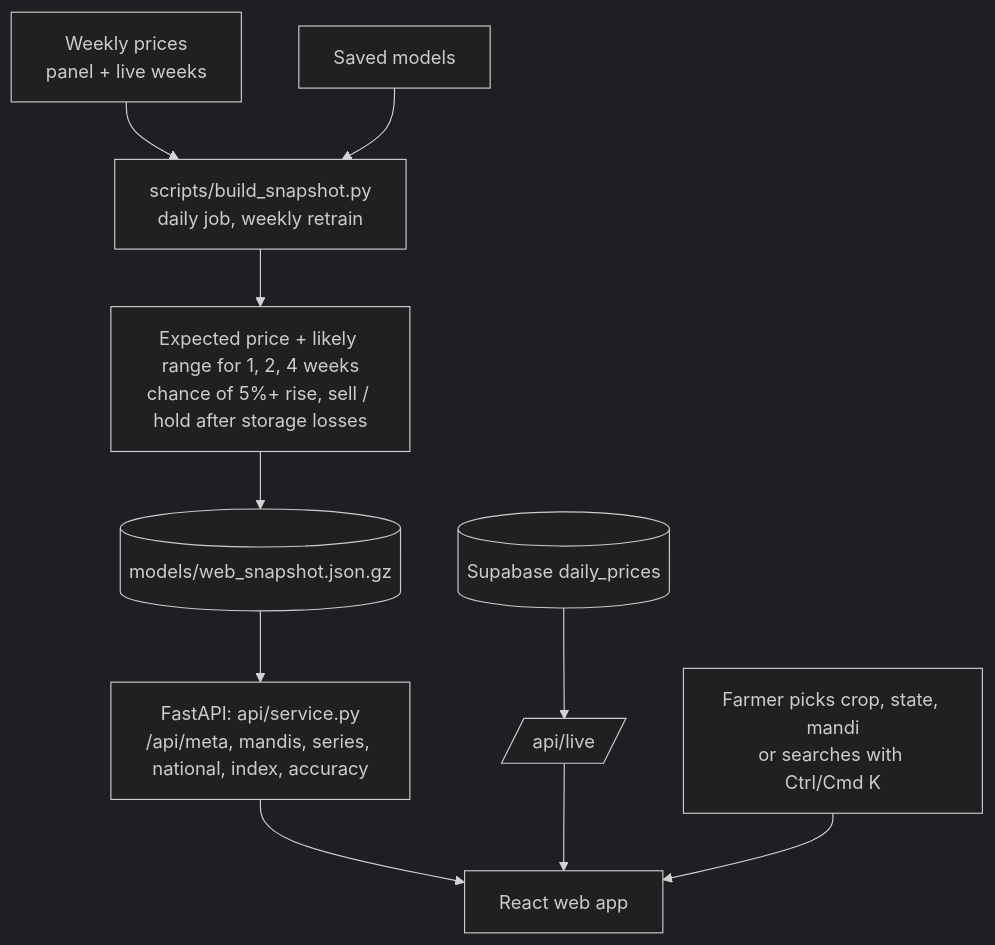
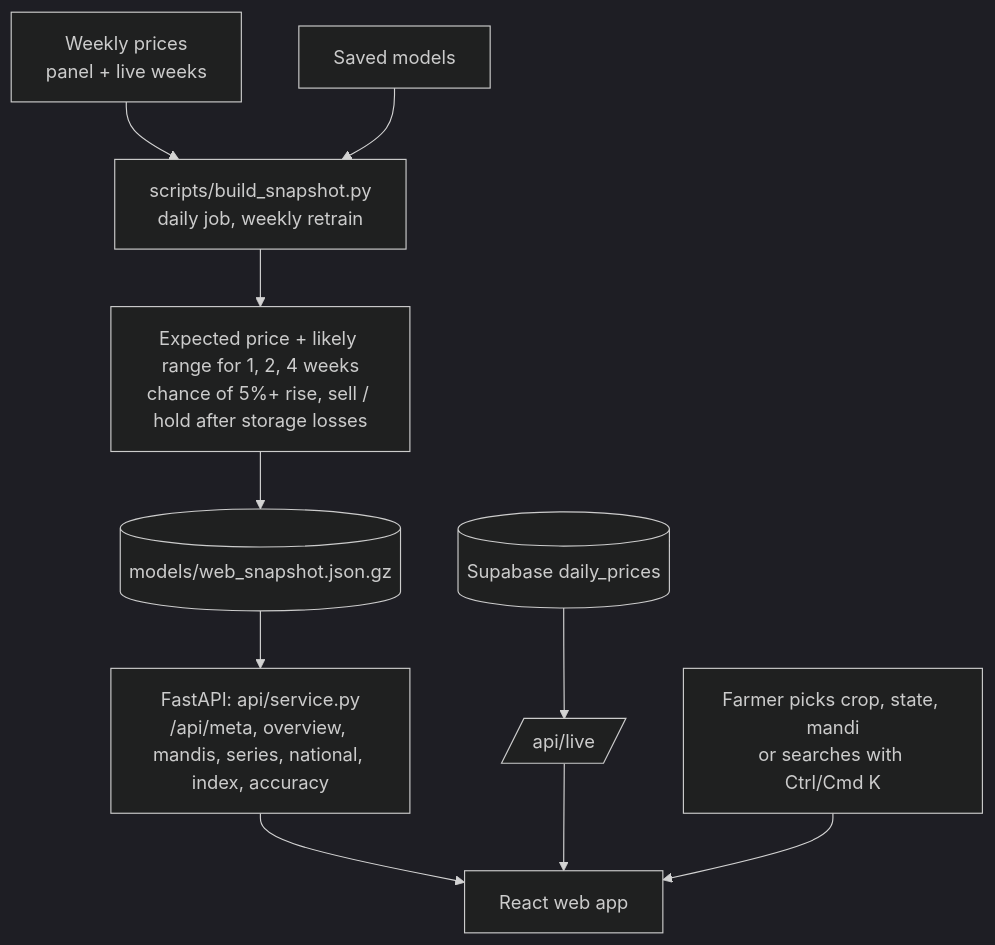
The third of 3 diagrams in README.md (Iamshi-vissa/FarmStat), drawn with Mermaid (dark theme) before and after one commit. The commit also changed other lines of this file and 2 other files, not shown here.

````diff
--- a/README.md
+++ b/README.md
@@ -264,12 +279,12 @@
 ```mermaid
 flowchart TB
     D[Weekly prices<br/>panel + live weeks] --> J[scripts/build_snapshot.py<br/>daily job, weekly retrain]
     M[Saved models] --> J
     J --> FC[Expected price + likely range for 1, 2, 4 weeks<br/>chance of 5%+ rise, sell / hold after storage losses]
     FC --> S[(models/web_snapshot.json.gz)]
-    S --> API[FastAPI: api/service.py<br/>/api/meta, mandis, series, national, index, accuracy]
+    S --> API[FastAPI: api/service.py<br/>/api/meta, overview, mandis, series, national, index, accuracy]
     L[(Supabase daily_prices)] --> API2[/api/live/]
     API --> APP[React web app]
     API2 --> APP
     U[Farmer picks crop, state, mandi<br/>or searches with Ctrl/Cmd K] --> APP
 ```
````
